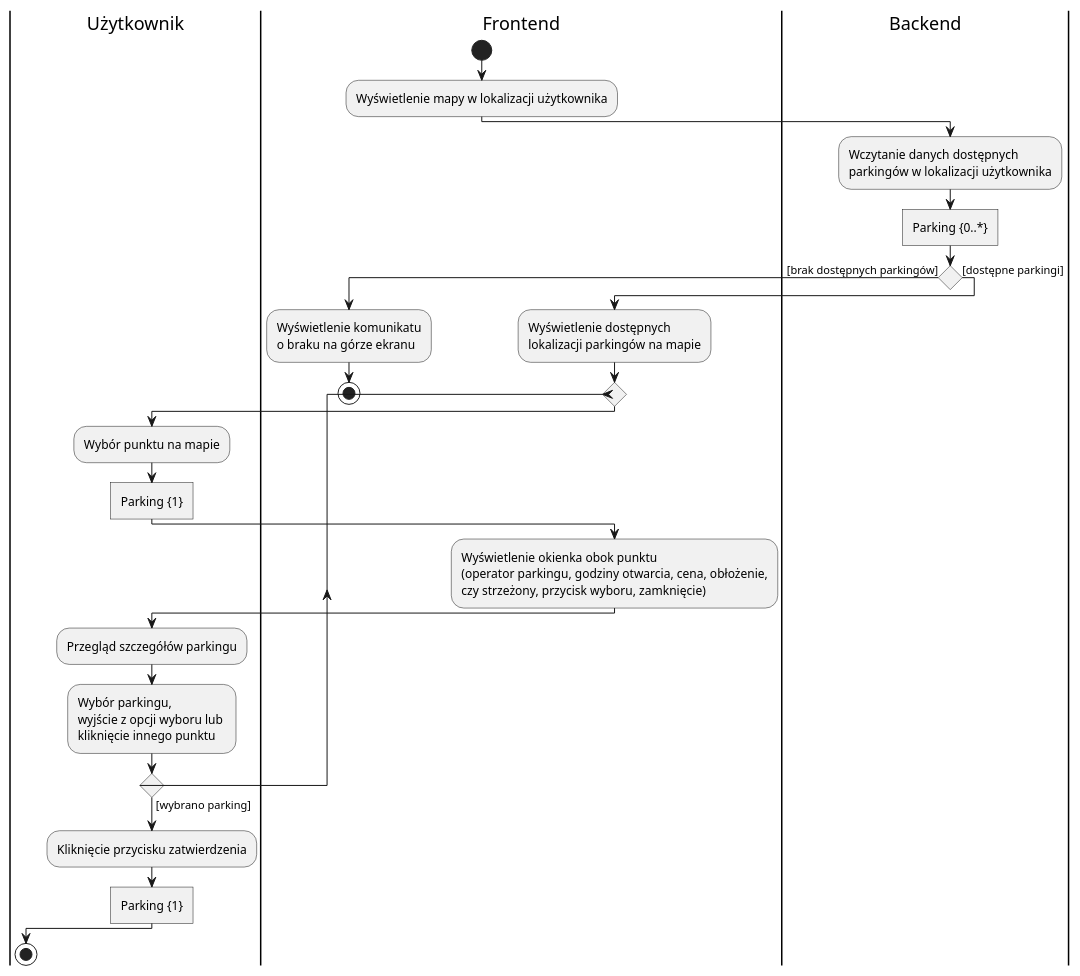
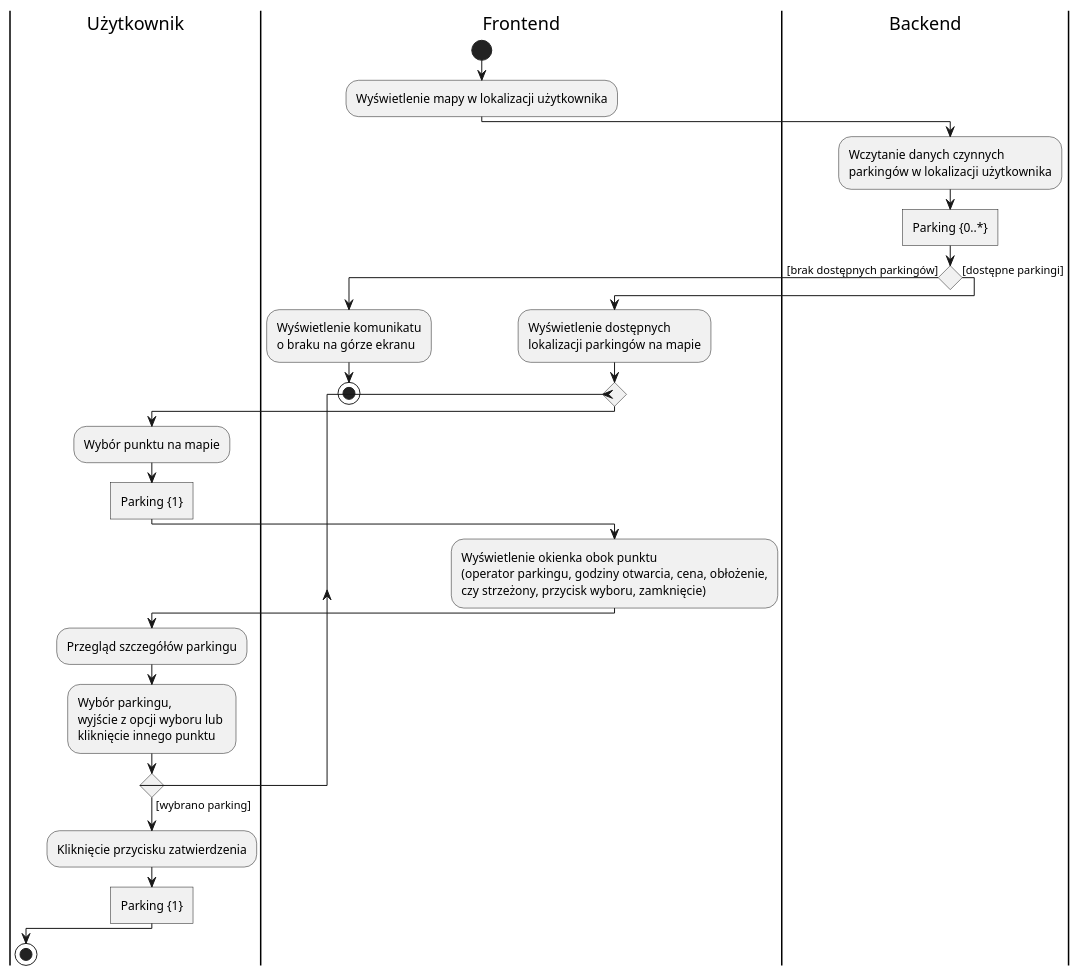
The diagram in cwiczenia/pioSem4/wyszukiwanieParkingow/wyszukiwanieParkingow.puml (StanislawPodr/studia), drawn with PlantUML before and after one commit. The commit also changed 1 other file, not shown here.

Commit message:
Poprawa diagramu aktywności

```diff
--- a/cwiczenia/pioSem4/wyszukiwanieParkingow/wyszukiwanieParkingow.puml
+++ b/cwiczenia/pioSem4/wyszukiwanieParkingow/wyszukiwanieParkingow.puml
@@ -1,38 +1,38 @@
 @startuml WyszukiwanieParkingów
 |Użytkownik|
 |Frontend|
 start
     :Wyświetlenie mapy w lokalizacji użytkownika;
     |Backend|
-    :Wczytanie danych dostępnych
+    :Wczytanie danych czynnych
     parkingów w lokalizacji użytkownika;
     :Parking &#123;0..*&#125;]
     if () then ([brak dostępnych parkingów])
         |Frontend|
         :Wyświetlenie komunikatu
         o braku na górze ekranu;
         stop
     else ([dostępne parkingi])
         |Frontend|
         :Wyświetlenie dostępnych
         lokalizacji parkingów na mapie;
         repeat
             |Użytkownik|
             :Wybór punktu na mapie;
             :Parking &#123;1&#125;]
             |Frontend|
             :Wyświetlenie okienka obok punktu
             (operator parkingu, godziny otwarcia, cena, obłożenie,
             czy strzeżony, przycisk wyboru, zamknięcie);
             |Użytkownik|
             :Przegląd szczegółów parkingu;
             :Wybór parkingu, 
             wyjście z opcji wyboru lub 
             kliknięcie innego punktu;
         repeat while () not ([wybrano parking])
         |Użytkownik|
         :Kliknięcie przycisku zatwierdzenia;
         :Parking &#123;1&#125;]
     endif
-stop
+    stop
 @enduml
```
